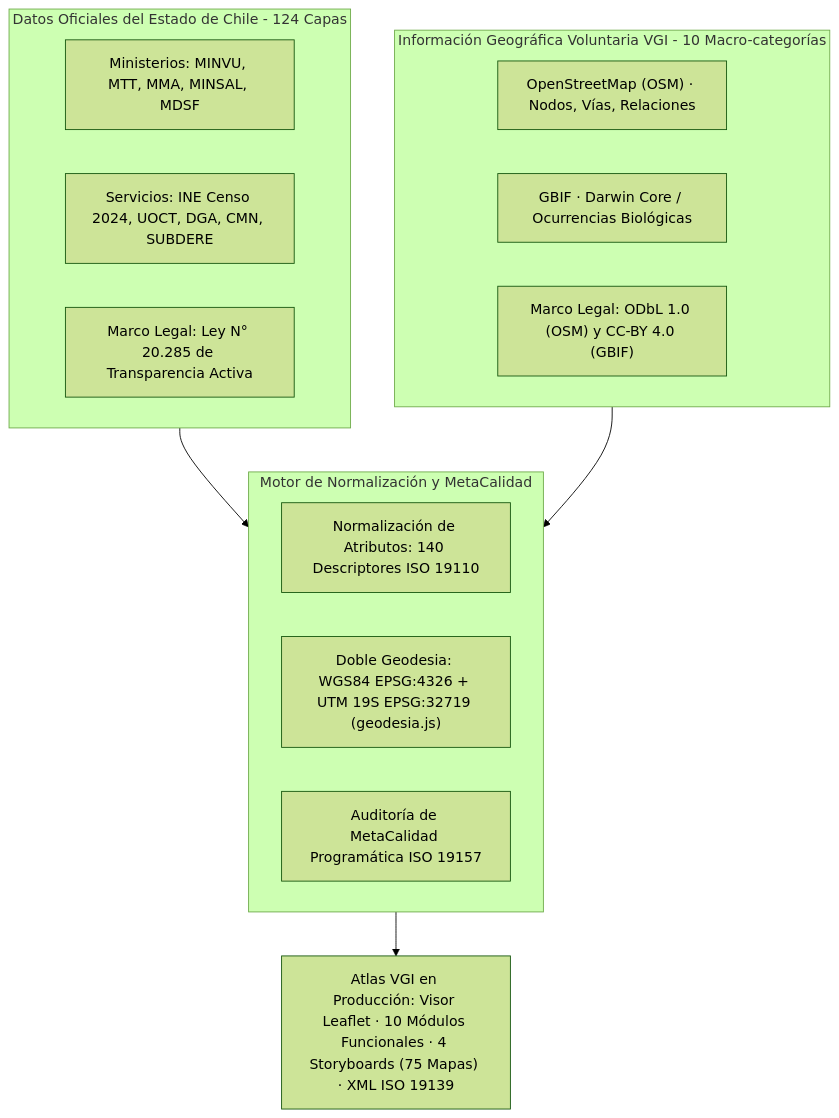
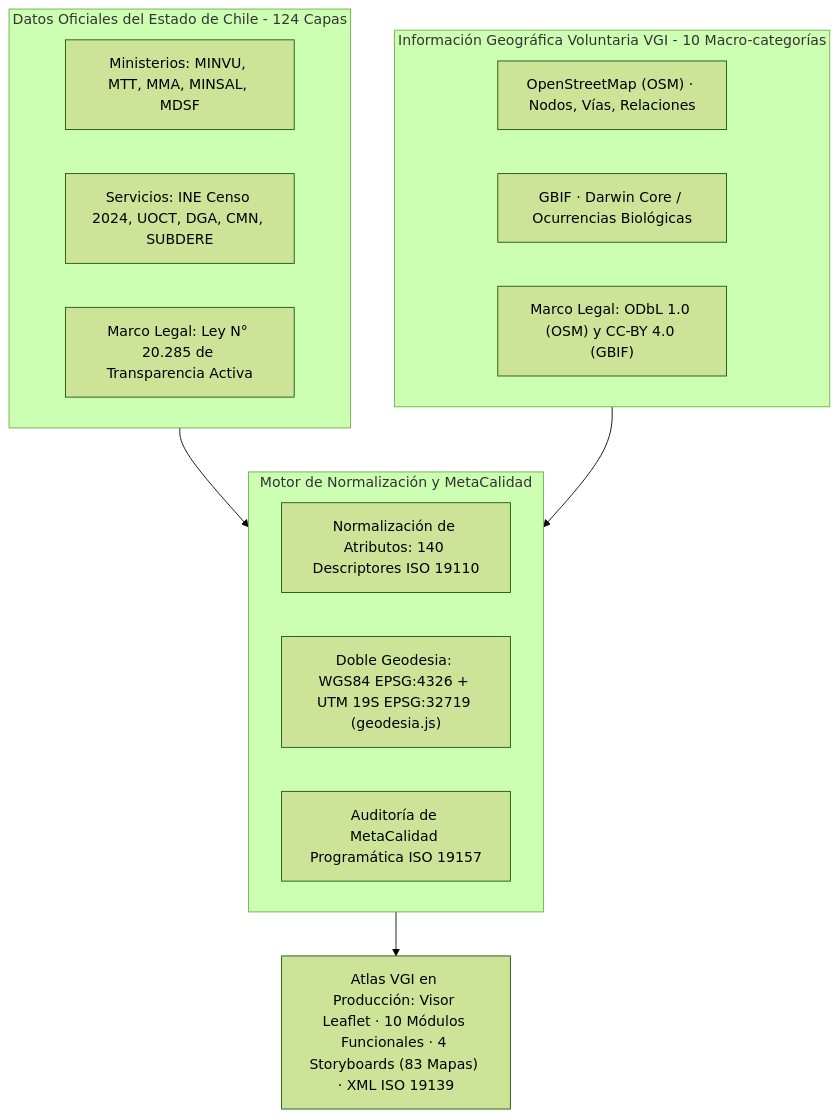
One commit to GEOJOTA/atlas-vgi-barrio-brasil changed the fourth of 5 diagrams in docs/ANALISIS_METACALIDAD.md. Above: the diagram before and after it, drawn with Mermaid (forest theme). The commit also changed other lines of this file and 40 other files, not shown here.

````diff
--- a/docs/ANALISIS_METACALIDAD.md
+++ b/docs/ANALISIS_METACALIDAD.md
@@ -170,21 +170,21 @@
 ```mermaid
 flowchart TB
     subgraph FuentesOficiales ["Datos Oficiales del Estado de Chile - 124 Capas"]
         O1["Ministerios: MINVU, MTT, MMA, MINSAL, MDSF"]
         O2["Servicios: INE Censo 2024, UOCT, DGA, CMN, SUBDERE"]
         O3["Marco Legal: Ley N° 20.285 de Transparencia Activa"]
     end
     subgraph FuentesComunitarias ["Información Geográfica Voluntaria VGI - 10 Macro-categorías"]
         V1["OpenStreetMap (OSM) · Nodos, Vías, Relaciones"]
         V2["GBIF · Darwin Core / Ocurrencias Biológicas"]
         V3["Marco Legal: ODbL 1.0 (OSM) y CC-BY 4.0 (GBIF)"]
     end
     subgraph MotorNormalizacion ["Motor de Normalización y MetaCalidad"]
         N1["Normalización de Atributos: 140 Descriptores ISO 19110"]
         N2["Doble Geodesia: WGS84 EPSG:4326 + UTM 19S EPSG:32719 (geodesia.js)"]
         N3["Auditoría de MetaCalidad Programática ISO 19157"]
     end
     FuentesOficiales --> MotorNormalizacion
     FuentesComunitarias --> MotorNormalizacion
-    MotorNormalizacion --> P["Atlas VGI en Producción: Visor Leaflet · 10 Módulos Funcionales · 4 Storyboards (75 Mapas) · XML ISO 19139"]
+    MotorNormalizacion --> P["Atlas VGI en Producción: Visor Leaflet · 10 Módulos Funcionales · 4 Storyboards (83 Mapas) · XML ISO 19139"]
 ```
````
